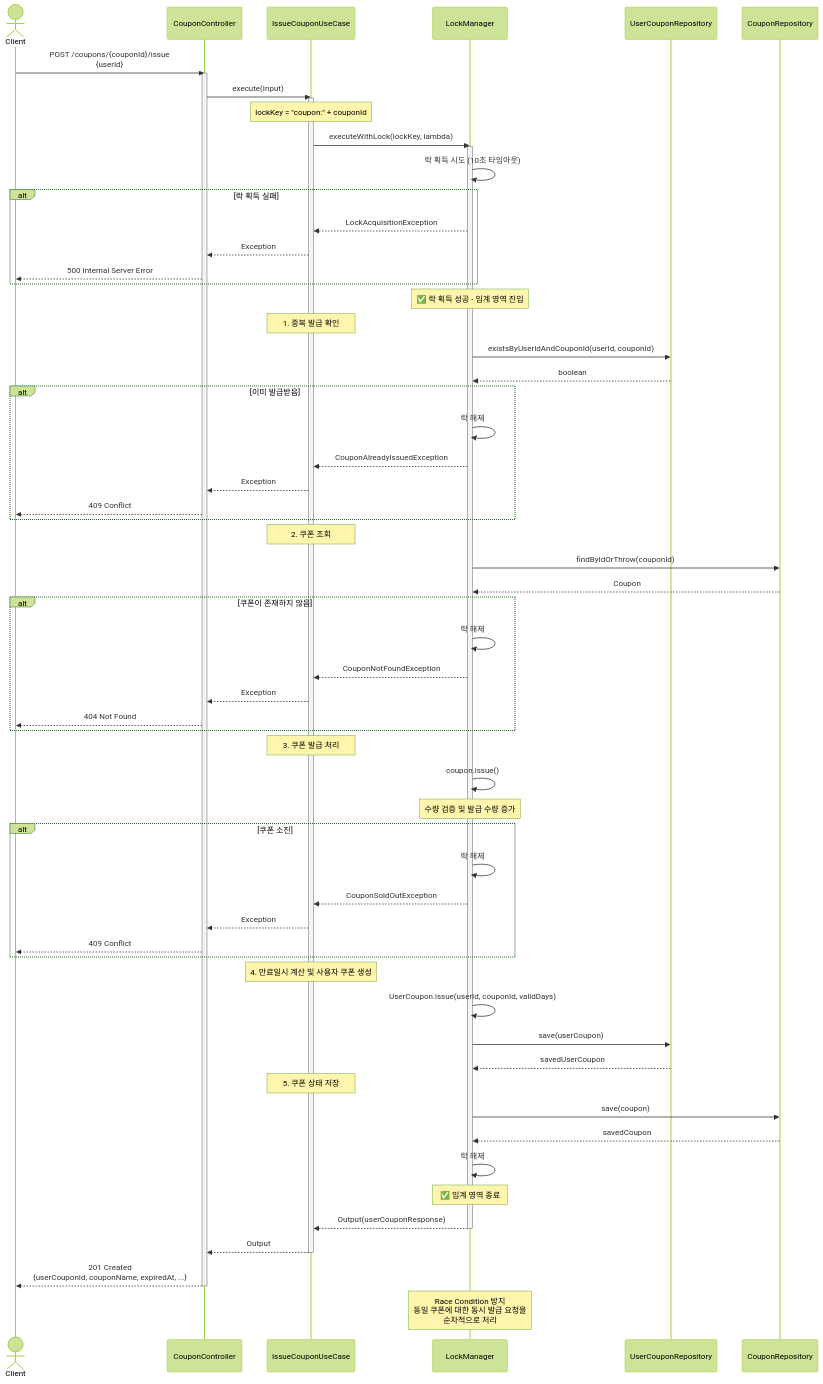
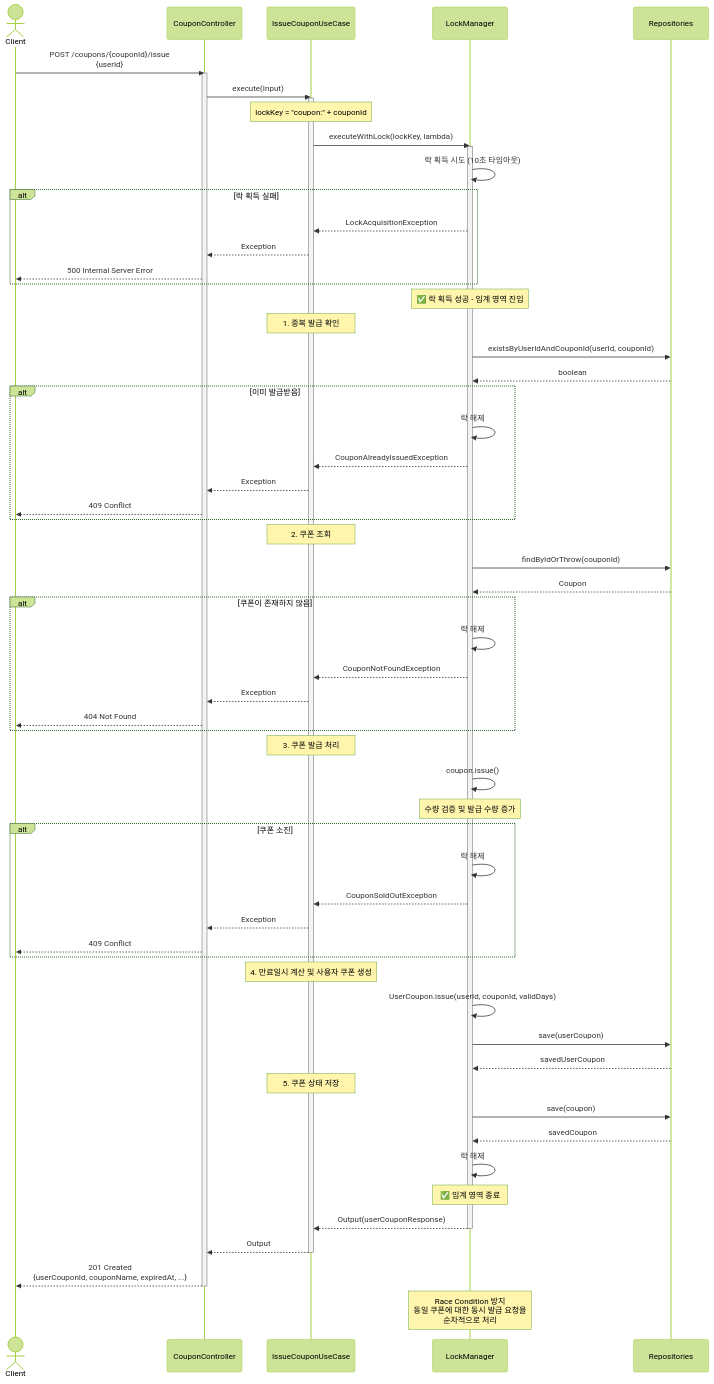
One commit to keepConcentration/ecommerce changed the sixth of 7 diagrams in README.md. Above: the diagram before and after it, drawn with Mermaid (forest theme). The commit also changed other lines of this file, not shown here.

Commit message:
docs: 시퀀스 다이어그램 repository 부분 간소화

```diff
--- a/README.md
+++ b/README.md
@@ -385,8 +378,7 @@
     participant Controller as CouponController
     participant UseCase as IssueCouponUseCase
     participant LockManager as LockManager
-    participant UserCouponRepo as UserCouponRepository
-    participant CouponRepo as CouponRepository
+    participant Repository as Repositories
 
     Client->>Controller: POST /coupons/{couponId}/issue<br/>{userId}
     activate Controller
@@ -409,8 +401,8 @@
     Note over LockManager: ✅ 락 획득 성공 - 임계 영역 진입
 
     Note over UseCase: 1. 중복 발급 확인
-    LockManager->>UserCouponRepo: existsByUserIdAndCouponId(userId, couponId)
-    UserCouponRepo-->>LockManager: boolean
+    LockManager->>Repository: existsByUserIdAndCouponId(userId, couponId)
+    Repository-->>LockManager: boolean
 
     alt 이미 발급받음
         LockManager->>LockManager: 락 해제
@@ -420,8 +412,8 @@
     end
 
     Note over UseCase: 2. 쿠폰 조회
-    LockManager->>CouponRepo: findByIdOrThrow(couponId)
-    CouponRepo-->>LockManager: Coupon
+    LockManager->>Repository: findByIdOrThrow(couponId)
+    Repository-->>LockManager: Coupon
 
     alt 쿠폰이 존재하지 않음
         LockManager->>LockManager: 락 해제
@@ -443,12 +435,12 @@
 
     Note over UseCase: 4. 만료일시 계산 및 사용자 쿠폰 생성
     LockManager->>LockManager: UserCoupon.issue(userId, couponId, validDays)
-    LockManager->>UserCouponRepo: save(userCoupon)
-    UserCouponRepo-->>LockManager: savedUserCoupon
+    LockManager->>Repository: save(userCoupon)
+    Repository-->>LockManager: savedUserCoupon
 
     Note over UseCase: 5. 쿠폰 상태 저장
-    LockManager->>CouponRepo: save(coupon)
-    CouponRepo-->>LockManager: savedCoupon
+    LockManager->>Repository: save(coupon)
+    Repository-->>LockManager: savedCoupon
 
     LockManager->>LockManager: 락 해제
     Note over LockManager: ✅ 임계 영역 종료
```
